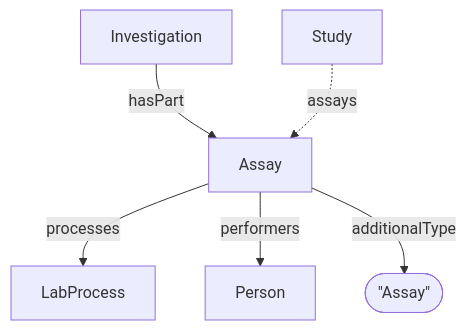
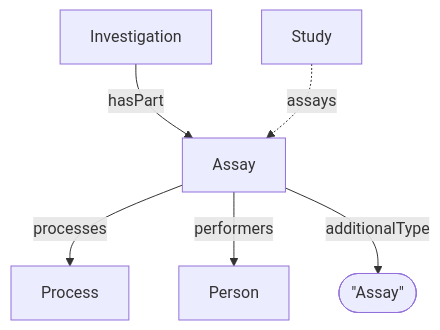
Before and after one commit to HLWeil/ProcessCore: the diagram in docs/spec/decorations/isa/Assay.md, drawn with Mermaid. The commit also changed other lines of this file and 134 other files, not shown here.

````diff
--- a/docs/spec/decorations/isa/Assay.md
+++ b/docs/spec/decorations/isa/Assay.md
@@ -26,12 +26,12 @@
 ```mermaid
 flowchart TD
 
     at@{ shape: stadium, label: "\"Assay\"" }
 
     Investigation --hasPart--> Assay
     Study -.assays.-> Assay
-    Assay --processes--> LabProcess
+    Assay --processes--> Process
     Assay --performers--> Person
     Assay --additionalType--> at
 
 ```
````
